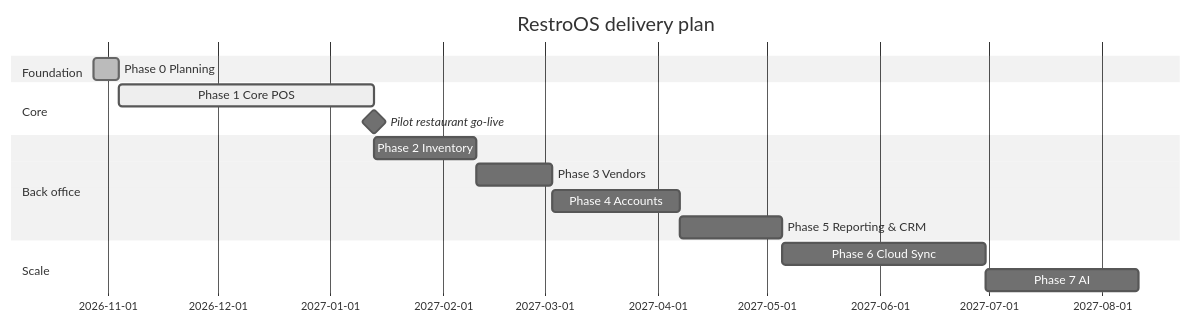
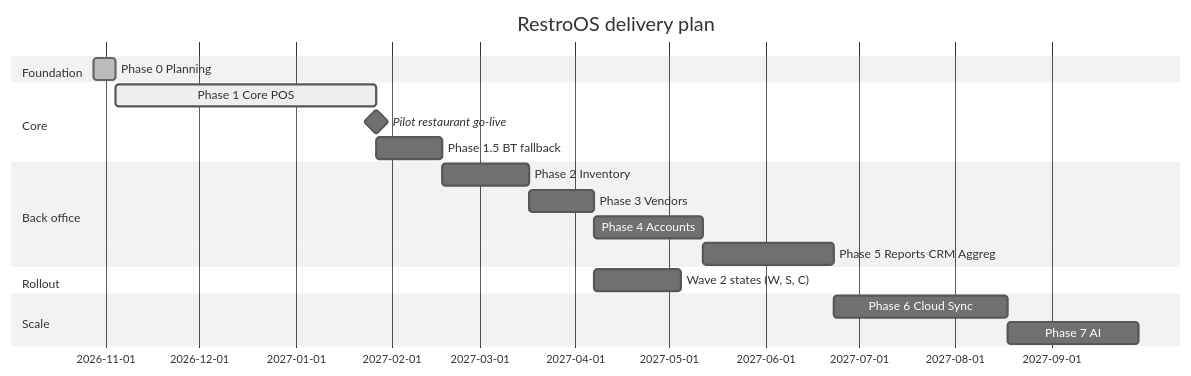
The diagram in docs/08-roadmap.md (mehabubrahaman-svg/restaurant-billing), drawn with Mermaid (neutral theme) before and after one commit. The commit also changed other lines of this file and 13 other files, not shown here.

````diff
--- a/docs/08-roadmap.md
+++ b/docs/08-roadmap.md
@@ -25,18 +38,21 @@
 ```mermaid
 gantt
   dateFormat  YYYY-MM-DD
   title RestroOS delivery plan
   section Foundation
   Phase 0 Planning           :done,   p0, 2026-10-28, 7d
   section Core
-  Phase 1 Core POS           :active, p1, after p0, 70d
+  Phase 1 Core POS           :active, p1, after p0, 84d
   Pilot restaurant go-live   :milestone, after p1, 0d
+  Phase 1.5 BT fallback      :p15, after p1, 21d
   section Back office
-  Phase 2 Inventory          :p2, after p1, 28d
+  Phase 2 Inventory          :p2, after p15, 28d
   Phase 3 Vendors            :p3, after p2, 21d
   Phase 4 Accounts           :p4, after p3, 35d
-  Phase 5 Reporting & CRM    :p5, after p4, 28d
+  Phase 5 Reports CRM Aggreg :p5, after p4, 42d
+  section Rollout
+  Wave 2 states (W, S, C)    :w2, after p3, 28d
   section Scale
   Phase 6 Cloud Sync         :p6, after p5, 56d
   Phase 7 AI                 :p7, after p6, 42d
 ```
````
